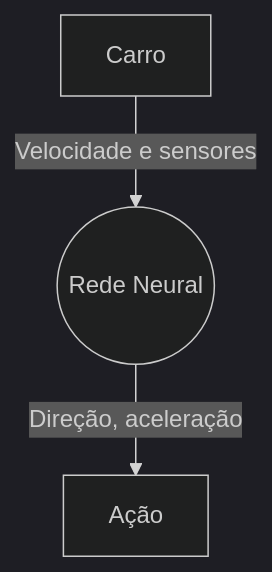
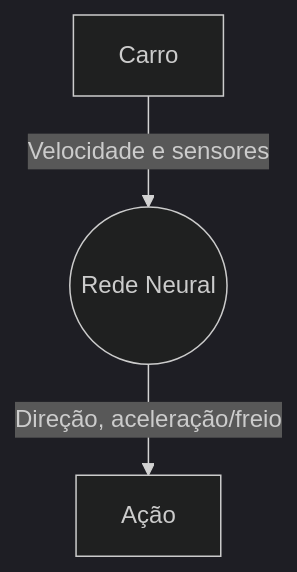
Before and after one commit to VPivato/ANN-GA-racing-game: the first of 2 diagrams in README.md, drawn with Mermaid (dark theme). The commit also changed other lines of this file, not shown here.

````diff
--- a/README.md
+++ b/README.md
@@ -28,5 +28,5 @@
 ```mermaid
 flowchart TD
     A[Carro] --  Velocidade e sensores --> B((Rede Neural))
-    B -- Direção, aceleração --> C[Ação]
+    B -- Direção, aceleração/freio --> C[Ação]
 ```
````
